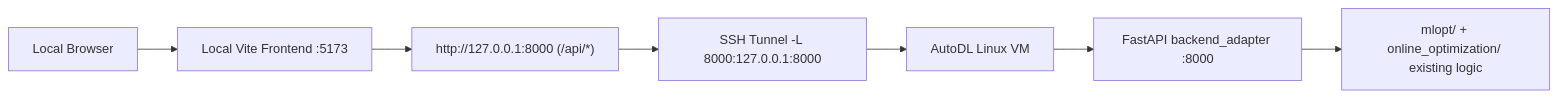
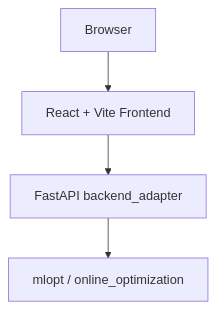
One commit to Linay11/VibeCoding changed the diagram in README.md. Above: the diagram before and after it, drawn with Mermaid. The commit also changed other lines of this file and 31 other files, not shown here.

````diff
--- a/README.md
+++ b/README.md
@@ -56,9 +60,6 @@
 ```mermaid
-flowchart LR
-    A["Local Browser"] --> B["Local Vite Frontend :5173"]
-    B --> C["http://127.0.0.1:8000 (/api/*)"]
-    C --> D["SSH Tunnel -L 8000:127.0.0.1:8000"]
-    D --> E["AutoDL Linux VM"]
-    E --> F["FastAPI backend_adapter :8000"]
-    F --> G["mlopt/ + online_optimization/ existing logic"]
+flowchart TD
+    A["Browser"] --> B["React + Vite Frontend"]
+    B --> C["FastAPI backend_adapter"]
+    C --> D["mlopt / online_optimization"]
 ```
````
